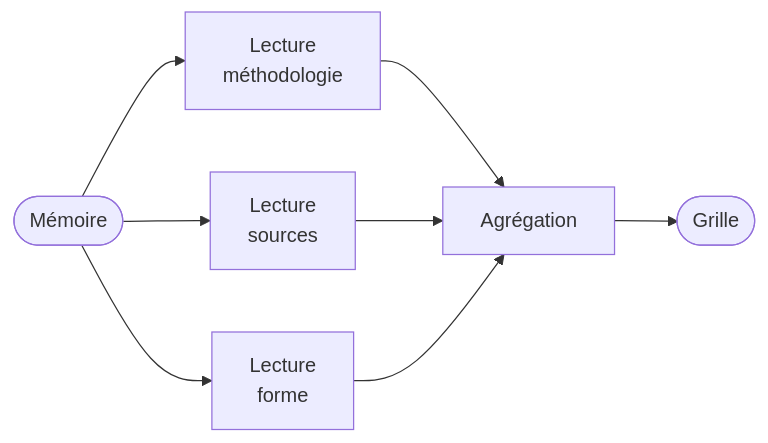
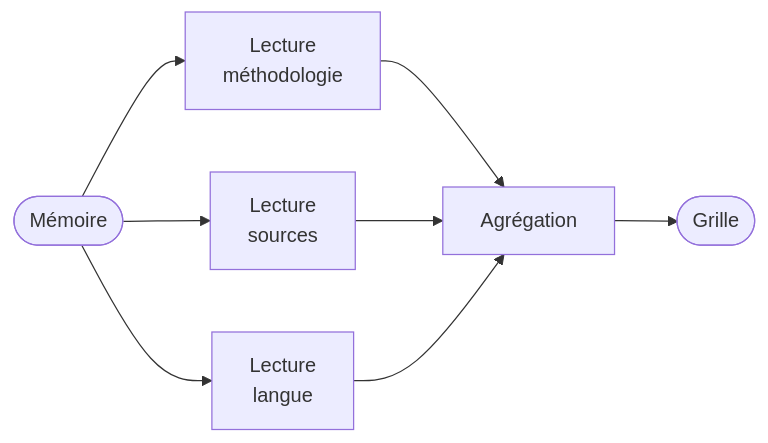
One commit to ClementJanssens/iesn-formation changed the third of 5 diagrams in pages/02-workflows.md. Above: the diagram before and after it, drawn with Mermaid. The commit also changed other lines of this file and 12 other files, not shown here.

````diff
--- a/pages/02-workflows.md
+++ b/pages/02-workflows.md
@@ -210,10 +229,10 @@
 ```mermaid {scale: 0.8}
 flowchart LR
   I([Mémoire]) --> A["Lecture<br>méthodologie"]
   I --> B["Lecture<br>sources"]
-  I --> C["Lecture<br>forme"]
+  I --> C["Lecture<br>langue"]
   A --> S["Agrégation"]
   B --> S
   C --> S
   S --> O([Grille])
 ```
````
